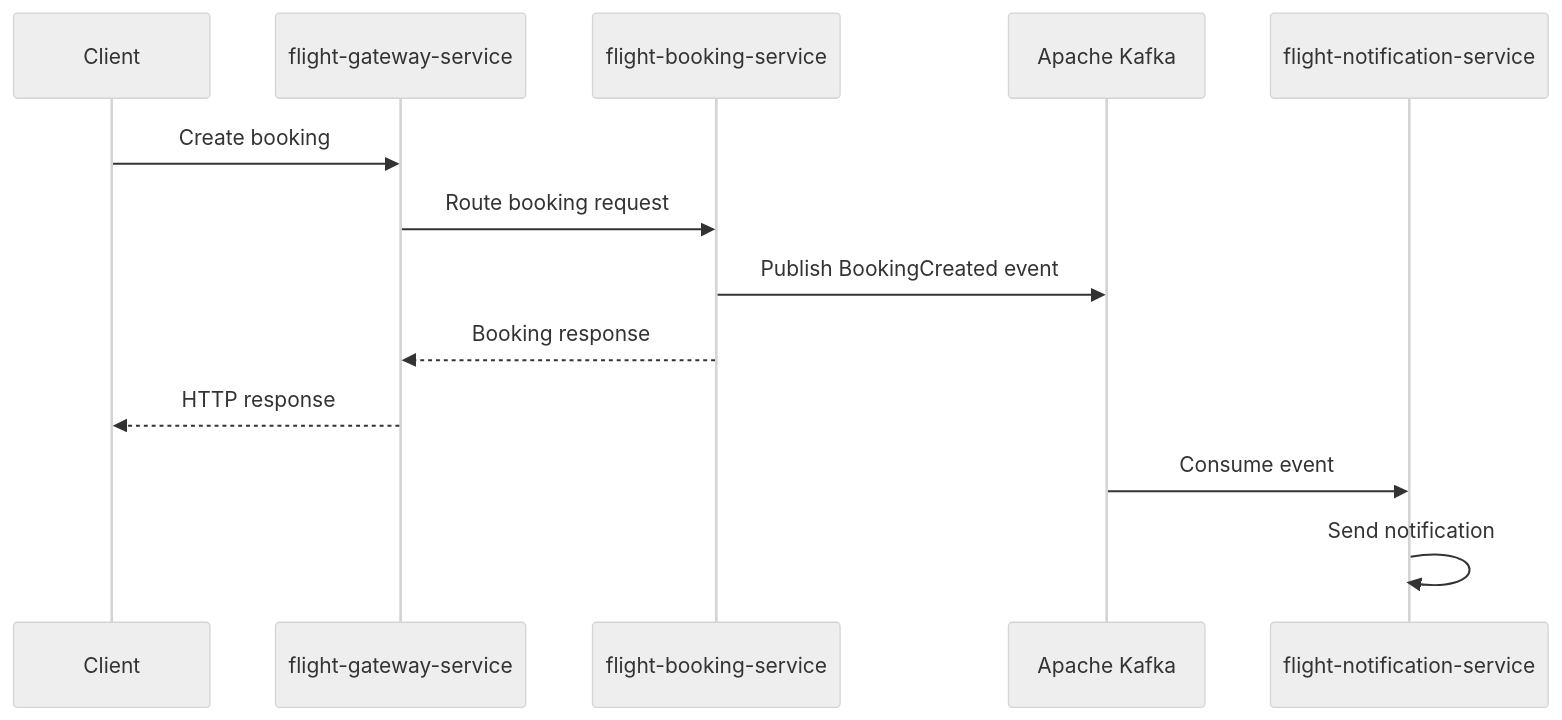
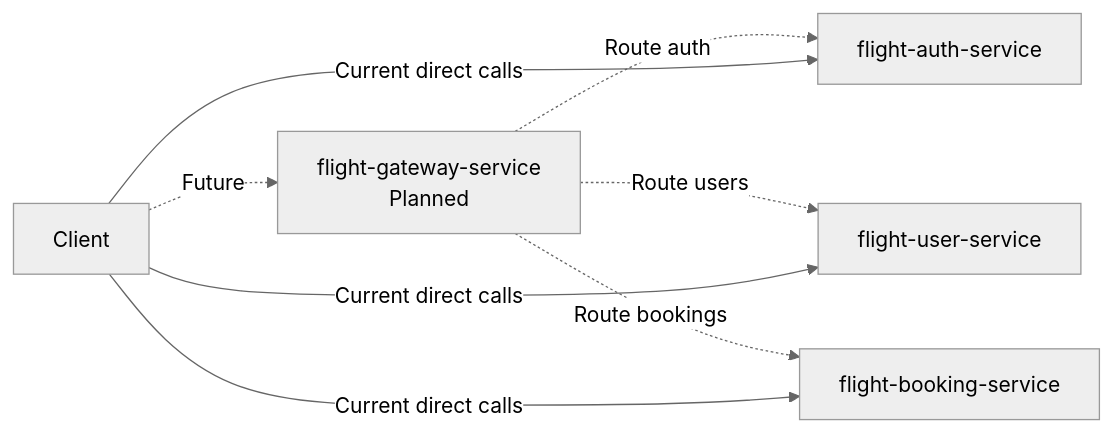
One commit to anashatem46/flight-system changed the third of 3 diagrams in readme.md. Above: the diagram before and after it, drawn with Mermaid (neutral theme). The commit also changed other lines of this file, not shown here.

Commit message:
Update README architecture documentation

````diff
--- a/readme.md
+++ b/readme.md
@@ -60,16 +110,17 @@
 ```mermaid
-sequenceDiagram
-    participant Client
-    participant Gateway as flight-gateway-service
-    participant Booking as flight-booking-service
-    participant Kafka as Apache Kafka
-    participant Notification as flight-notification-service
+flowchart LR
+    Client[Client]
+    Gateway[flight-gateway-service<br/>Planned]
+    Auth[flight-auth-service]
+    User[flight-user-service]
+    Booking[flight-booking-service]
 
-    Client->>Gateway: Create booking
-    Gateway->>Booking: Route booking request
-    Booking->>Kafka: Publish BookingCreated event
-    Booking-->>Gateway: Booking response
-    Gateway-->>Client: HTTP response
-    Kafka->>Notification: Consume event
-    Notification->>Notification: Send notification
+    Client -. Future .-> Gateway
+    Gateway -. Route auth .-> Auth
+    Gateway -. Route users .-> User
+    Gateway -. Route bookings .-> Booking
+
+    Client -->|Current direct calls| Auth
+    Client -->|Current direct calls| User
+    Client -->|Current direct calls| Booking
 ```
````
